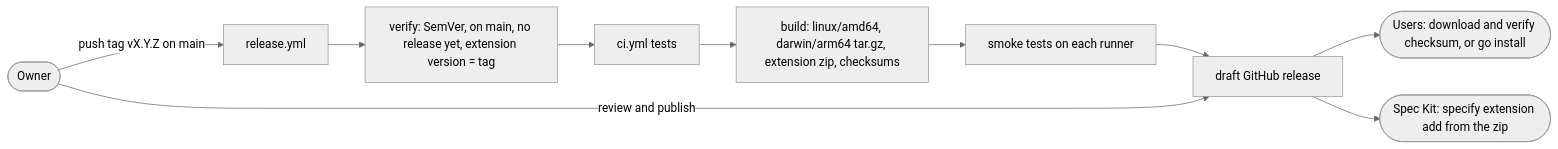
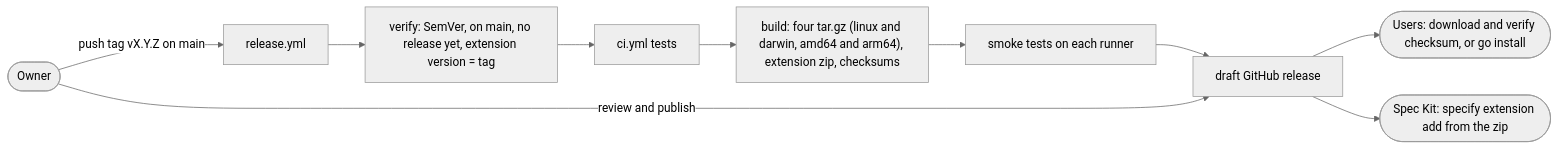
The fifth of 5 diagrams in docs/architecture.md (tosin2013/spec-status), drawn with Mermaid (neutral theme) before and after one commit. The commit also changed other lines of this file and 14 other files, not shown here.

First line of the commit message:
Feature 014: release archives for linux/arm64 and darwin/amd64 (roadmap 019, #82).

````diff
--- a/docs/architecture.md
+++ b/docs/architecture.md
@@ -158,12 +158,12 @@
 ```mermaid
 flowchart LR
   owner([Owner]) -->|push tag vX.Y.Z on main| rel[release.yml]
   rel --> verify["verify: SemVer, on main, no release yet, extension version = tag"]
   verify --> ci["ci.yml tests"]
-  ci --> build["build: linux/amd64, darwin/arm64 tar.gz, extension zip, checksums"]
+  ci --> build["build: four tar.gz (linux and darwin, amd64 and arm64), extension zip, checksums"]
   build --> smoke[smoke tests on each runner]
   smoke --> draft[draft GitHub release]
   owner -->|review and publish| draft
   draft --> users(["Users: download and verify checksum, or go install"])
   draft --> sk(["Spec Kit: specify extension add from the zip"])
 ```
````
